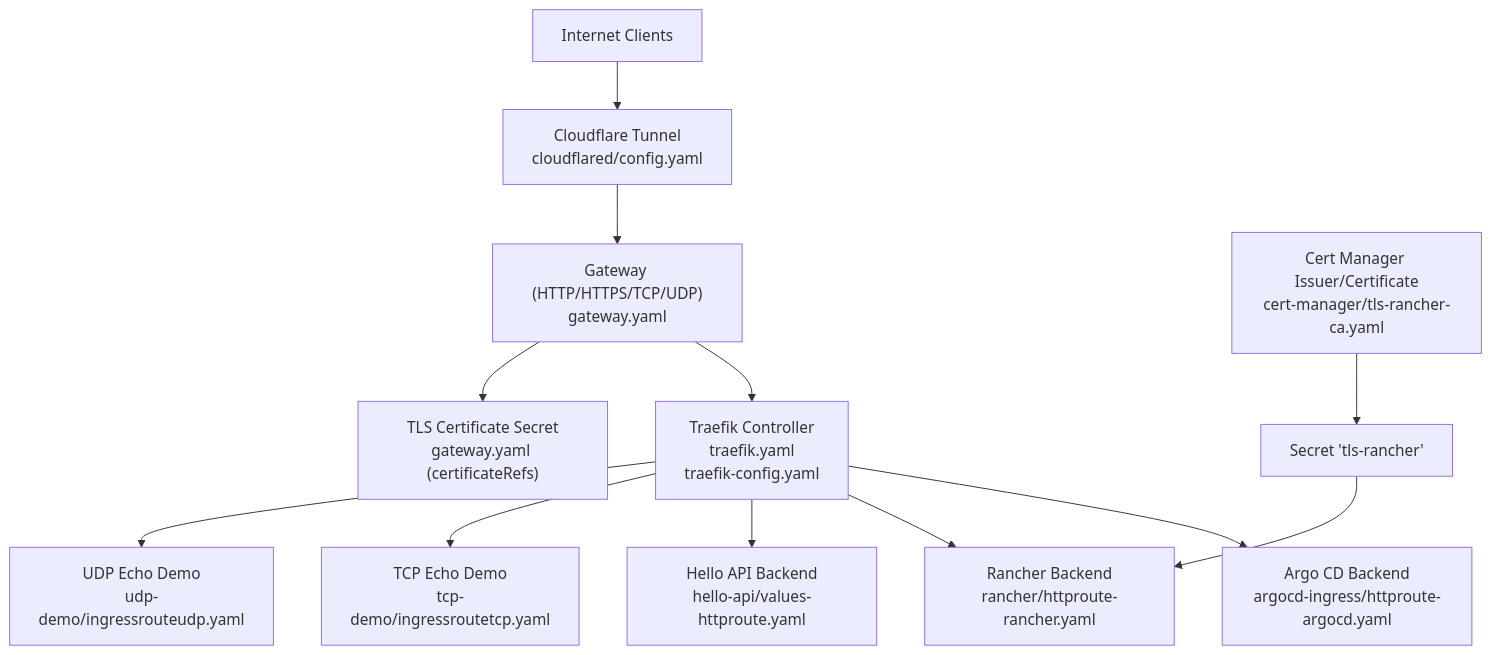
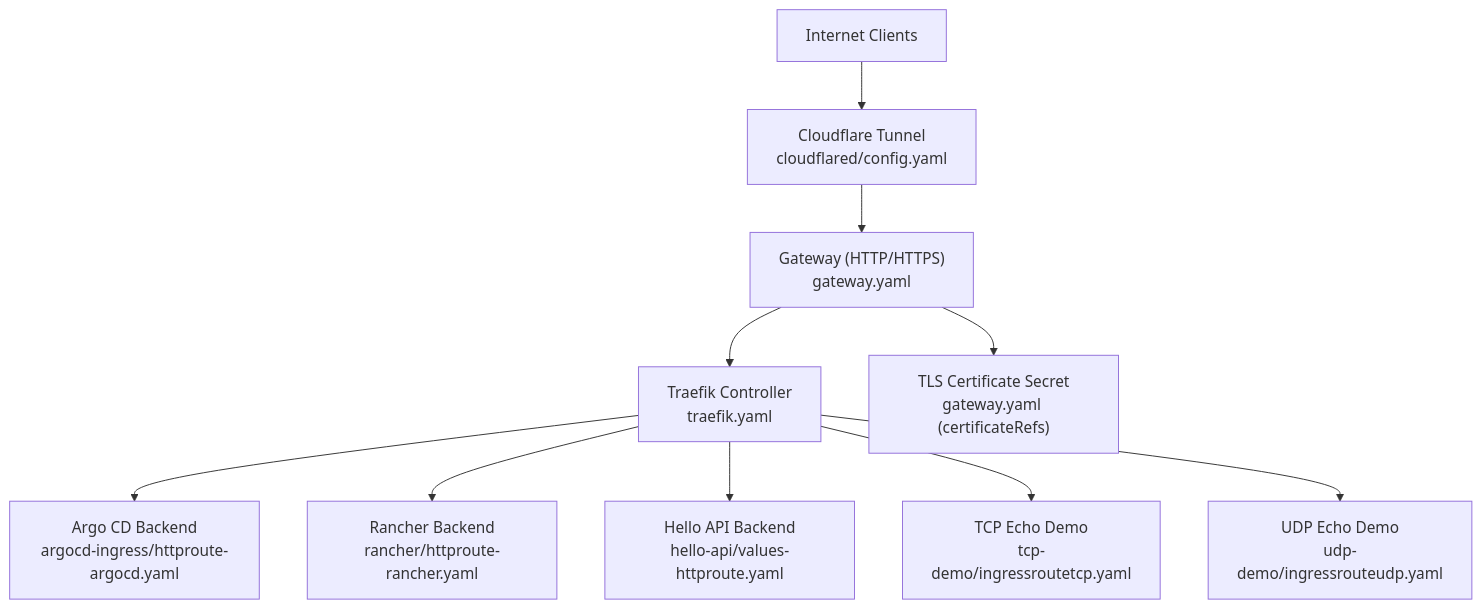
One commit to Hoangvu75/k8s_manifest changed the second of 8 diagrams in .qoder/repowiki/en/content/Advanced Topics/Advanced Networking Configurations.md. Above: the diagram before and after it, drawn with Mermaid. The commit also changed other lines of this file and 10 other files, not shown here.

````diff
--- a/.qoder/repowiki/en/content/Advanced Topics/Advanced Networking Configurations.md
+++ b/.qoder/repowiki/en/content/Advanced Topics/Advanced Networking Configurations.md
@@ -166,14 +148,12 @@
 ```mermaid
 graph TB
 Internet["Internet Clients"] --> CF["Cloudflare Tunnel<br/>cloudflared/config.yaml"]
-CF --> GW["Gateway (HTTP/HTTPS/TCP/UDP)<br/>gateway.yaml"]
-GW --> TR["Traefik Controller<br/>traefik.yaml<br/>traefik-config.yaml"]
+CF --> GW["Gateway (HTTP/HTTPS)<br/>gateway.yaml"]
+GW --> TR["Traefik Controller<br/>traefik.yaml"]
 TR --> ARGO["Argo CD Backend<br/>argocd-ingress/httproute-argocd.yaml"]
 TR --> RANCH["Rancher Backend<br/>rancher/httproute-rancher.yaml"]
 TR --> HELLO["Hello API Backend<br/>hello-api/values-httproute.yaml"]
 TR --> TCPDEMO["TCP Echo Demo<br/>tcp-demo/ingressroutetcp.yaml"]
 TR --> UDPDEMO["UDP Echo Demo<br/>udp-demo/ingressrouteudp.yaml"]
 GW --> CERT["TLS Certificate Secret<br/>gateway.yaml (certificateRefs)"]
-CM["Cert Manager Issuer/Certificate<br/>cert-manager/tls-rancher-ca.yaml"] --> SECRET["Secret 'tls-rancher'"]
-SECRET --> RANCH
 ```
````
